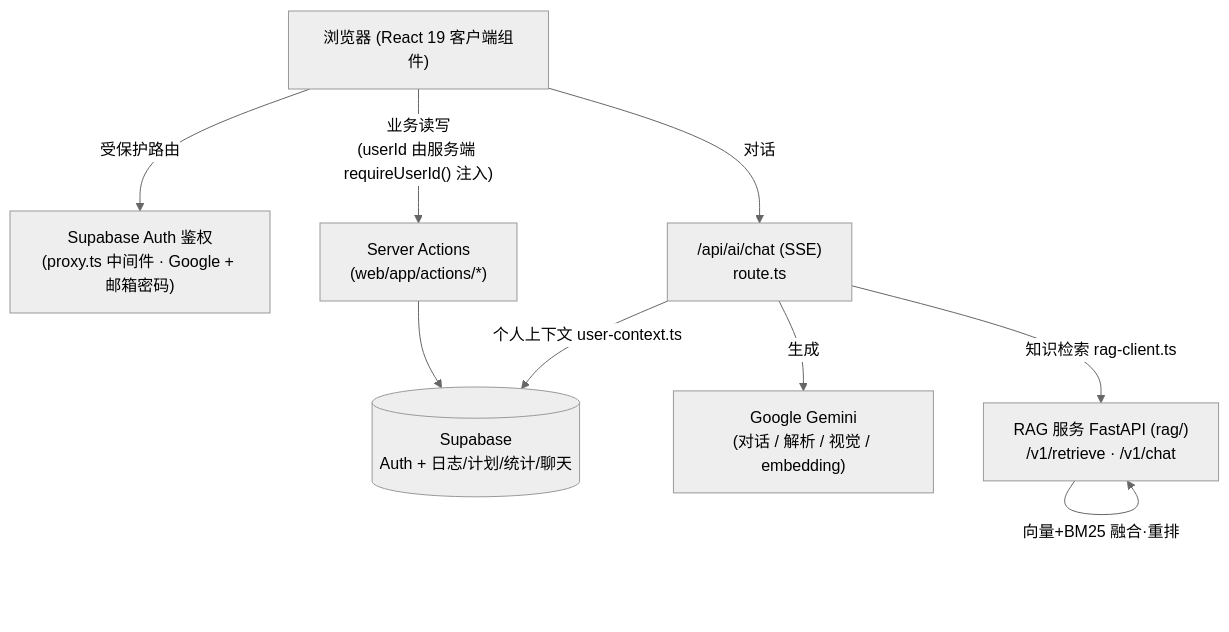
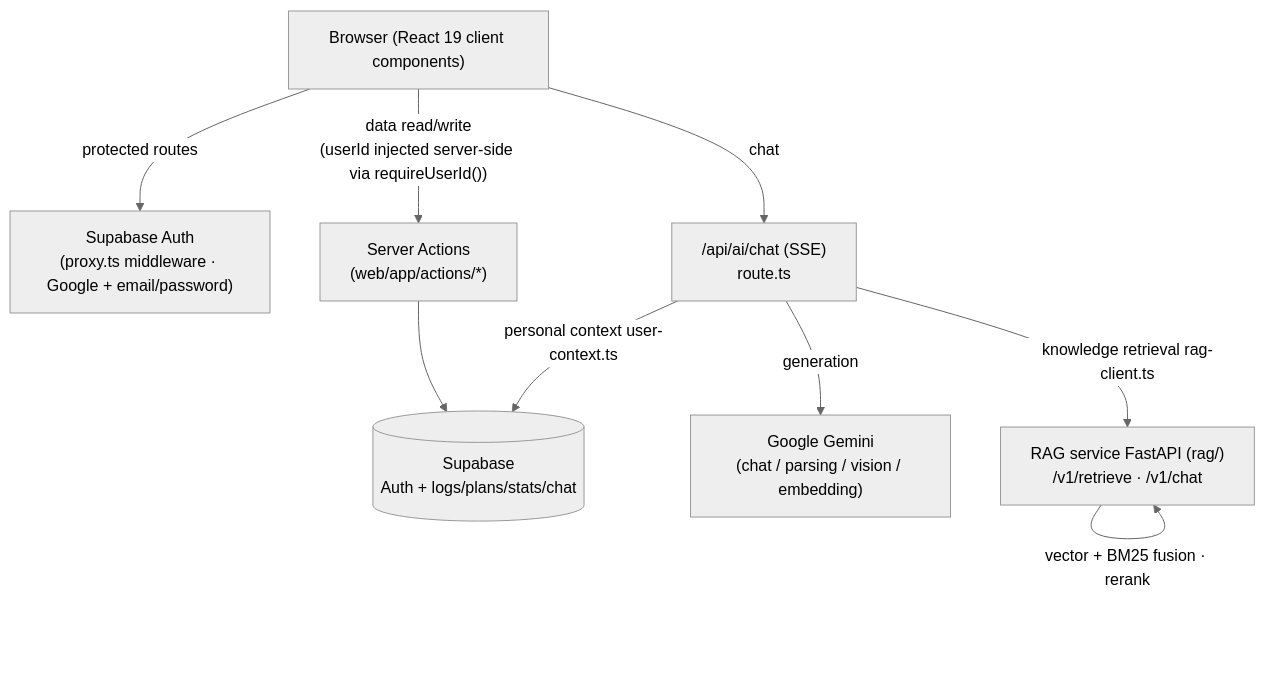
One commit to G1lollipop/fitcore changed the diagram in README.md. Above: the diagram before and after it, drawn with Mermaid (neutral theme). The commit also changed other lines of this file and 96 other files, not shown here.

````diff
--- a/README.md
+++ b/README.md
@@ -13,19 +13,19 @@
 ```mermaid
 flowchart TD
-    Browser["浏览器 (React 19 客户端组件)"]
-    Auth["Supabase Auth 鉴权<br/>(proxy.ts 中间件 · Google + 邮箱密码)"]
+    Browser["Browser (React 19 client components)"]
+    Auth["Supabase Auth<br/>(proxy.ts middleware · Google + email/password)"]
     Actions["Server Actions<br/>(web/app/actions/*)"]
     ChatAPI["/api/ai/chat (SSE)<br/>route.ts"]
-    Supabase[("Supabase<br/>Auth + 日志/计划/统计/聊天")]
-    LLM["Google Gemini<br/>(对话 / 解析 / 视觉 / embedding)"]
-    RAG["RAG 服务 FastAPI (rag/)<br/>/v1/retrieve · /v1/chat"]
+    Supabase[("Supabase<br/>Auth + logs/plans/stats/chat")]
+    LLM["Google Gemini<br/>(chat / parsing / vision / embedding)"]
+    RAG["RAG service FastAPI (rag/)<br/>/v1/retrieve · /v1/chat"]
 
-    Browser -->|"受保护路由"| Auth
-    Browser -->|"业务读写<br/>(userId 由服务端 requireUserId() 注入)"| Actions
-    Browser -->|"对话"| ChatAPI
+    Browser -->|"protected routes"| Auth
+    Browser -->|"data read/write<br/>(userId injected server-side via requireUserId())"| Actions
+    Browser -->|"chat"| ChatAPI
     Actions --> Supabase
-    ChatAPI -->|"个人上下文 user-context.ts"| Supabase
-    ChatAPI -->|"生成"| LLM
-    ChatAPI -->|"知识检索 rag-client.ts"| RAG
-    RAG -->|"向量+BM25 融合·重排"| RAG
+    ChatAPI -->|"personal context user-context.ts"| Supabase
+    ChatAPI -->|"generation"| LLM
+    ChatAPI -->|"knowledge retrieval rag-client.ts"| RAG
+    RAG -->|"vector + BM25 fusion · rerank"| RAG
 ```
````
